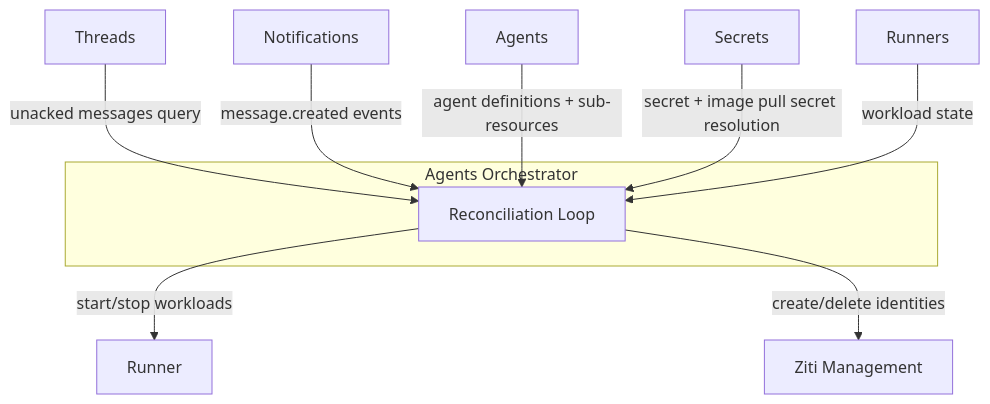
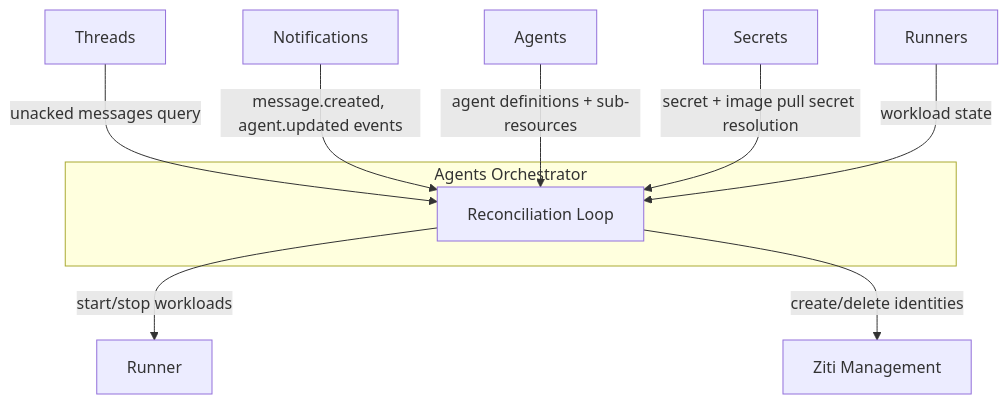
Before and after one commit to agynio/architecture: the first of 4 diagrams in architecture/agents-orchestrator.md, drawn with Mermaid. The commit also changed other lines of this file and 4 other files, not shown here.

````diff
--- a/architecture/agents-orchestrator.md
+++ b/architecture/agents-orchestrator.md
@@ -11,14 +11,14 @@
 ```mermaid
 graph TB
     subgraph "Agents Orchestrator"
         Reconciler[Reconciliation Loop]
     end
 
     Threads -->|unacked messages query| Reconciler
-    Notifications -->|message.created events| Reconciler
+    Notifications -->|message.created, agent.updated events| Reconciler
     Agents -->|agent definitions + sub-resources| Reconciler
     Secrets -->|secret + image pull secret resolution| Reconciler
     Runners[Runners] -->|workload state| Reconciler
     Reconciler -->|start/stop workloads| Runner
     Reconciler -->|create/delete identities| ZitiMgmt[Ziti Management]
 ```
````
